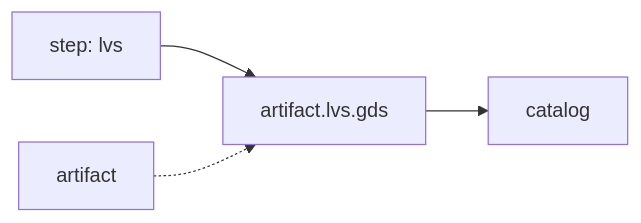
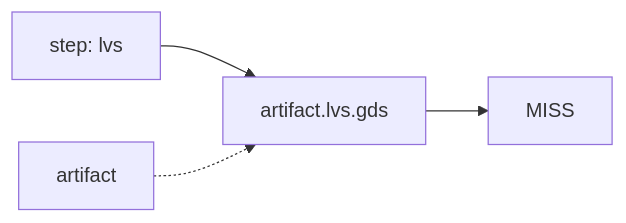
Diagram 24 of 53 in .github/signoff-board/signoff-kanban.md (openecos-projects/ecc), drawn with Mermaid before and after one commit. The commit also changed other lines of this file and 2 other files, not shown here.

First line of the commit message:
feat(signoff): add performance / iSTA catalog slots (43 metrics)

````diff
--- a/.github/signoff-board/signoff-kanban.md
+++ b/.github/signoff-board/signoff-kanban.md
@@ -529,6 +561,6 @@
 ```mermaid
 flowchart LR
   step_artifact_lvs_gds["step: lvs"] --> metric_artifact_lvs_gds["artifact.lvs.gds"]
-  metric_artifact_lvs_gds --> state_artifact_lvs_gds["catalog"]
+  metric_artifact_lvs_gds --> state_artifact_lvs_gds["MISS"]
   cat_artifact_lvs_gds["artifact"] -.-> metric_artifact_lvs_gds
 ```
````
